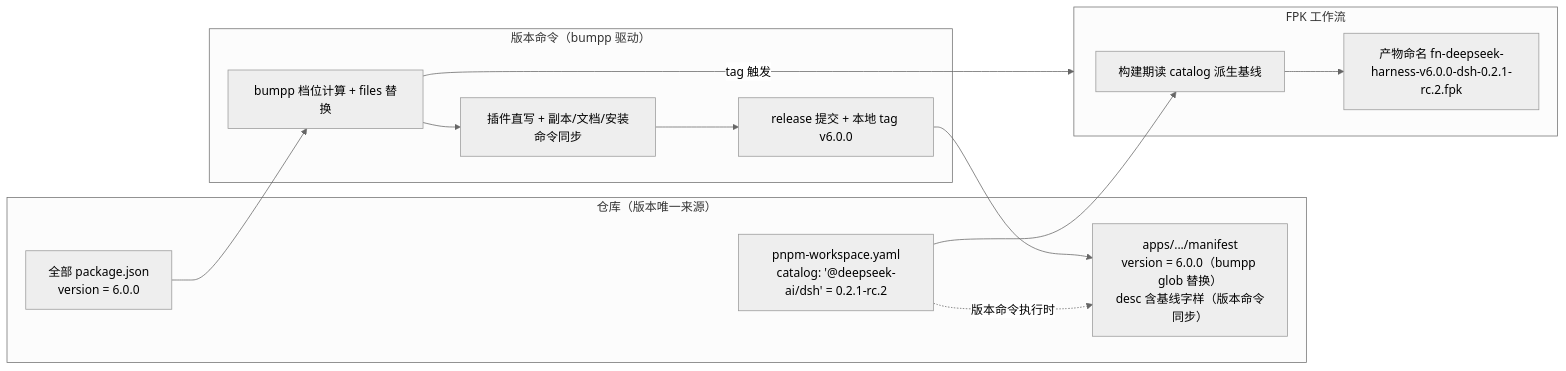
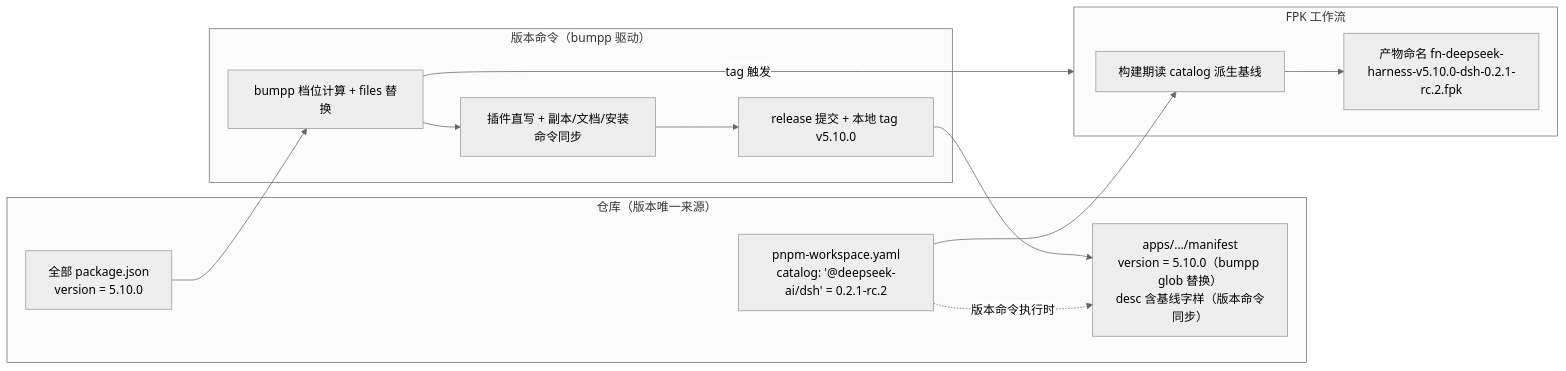
Before and after one commit to FNOSP/fnos-dsh: the first of 3 diagrams in docs/plans/PLAN-FNOS-028-unified-project-version-bumpp.md, drawn with Mermaid (neutral theme). The commit also changed other lines of this file and 40 other files, not shown here.

````diff
--- a/docs/plans/PLAN-FNOS-028-unified-project-version-bumpp.md
+++ b/docs/plans/PLAN-FNOS-028-unified-project-version-bumpp.md
@@ -83,24 +83,24 @@
 ```mermaid
 flowchart LR
   subgraph repo["仓库（版本唯一来源）"]
-    pkg["全部 package.json<br/>version = 6.0.0"]
+    pkg["全部 package.json<br/>version = 5.10.0"]
     catalog["pnpm-workspace.yaml<br/>catalog: '@deepseek-ai/dsh' = 0.2.1-rc.2"]
-    manifest["apps/.../manifest<br/>version = 6.0.0（bumpp glob 替换）<br/>desc 含基线字样（版本命令同步）"]
+    manifest["apps/.../manifest<br/>version = 5.10.0（bumpp glob 替换）<br/>desc 含基线字样（版本命令同步）"]
   end
   subgraph cmd["版本命令（bumpp 驱动）"]
     bump["bumpp 档位计算 + files 替换"]
     sync["插件直写 + 副本/文档/安装命令同步"]
-    commit["release 提交 + 本地 tag v6.0.0"]
+    commit["release 提交 + 本地 tag v5.10.0"]
   end
   subgraph ci["FPK 工作流"]
     read["构建期读 catalog 派生基线"]
-    rename["产物命名 fn-deepseek-harness-v6.0.0-dsh-0.2.1-rc.2.fpk"]
+    rename["产物命名 fn-deepseek-harness-v5.10.0-dsh-0.2.1-rc.2.fpk"]
   end
 
   pkg --> bump
   bump --> sync --> commit
   commit --> manifest
   bump -->|tag 触发| ci
   catalog --> read --> rename
   catalog -.->|版本命令执行时| manifest
 ```
````
